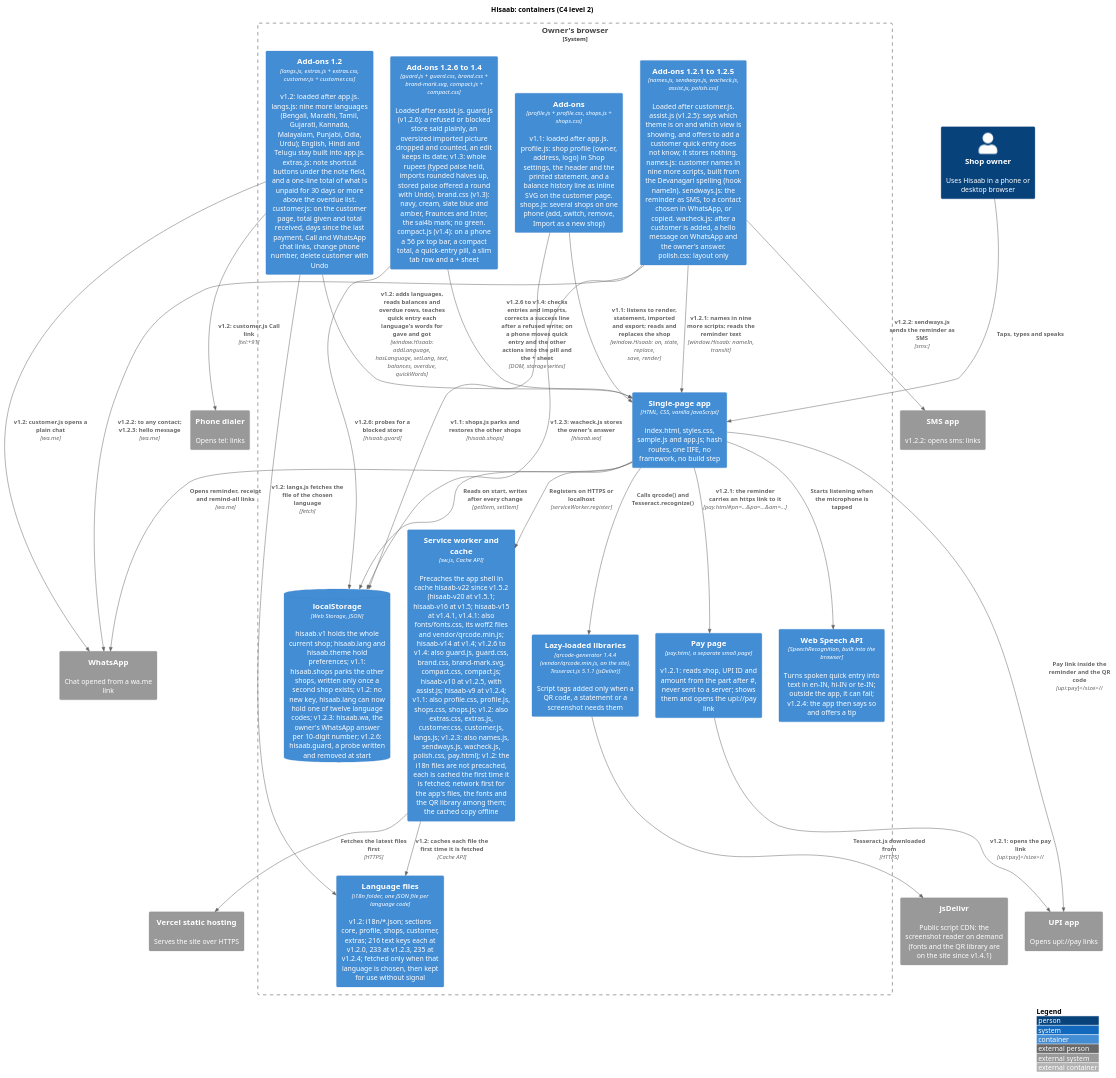
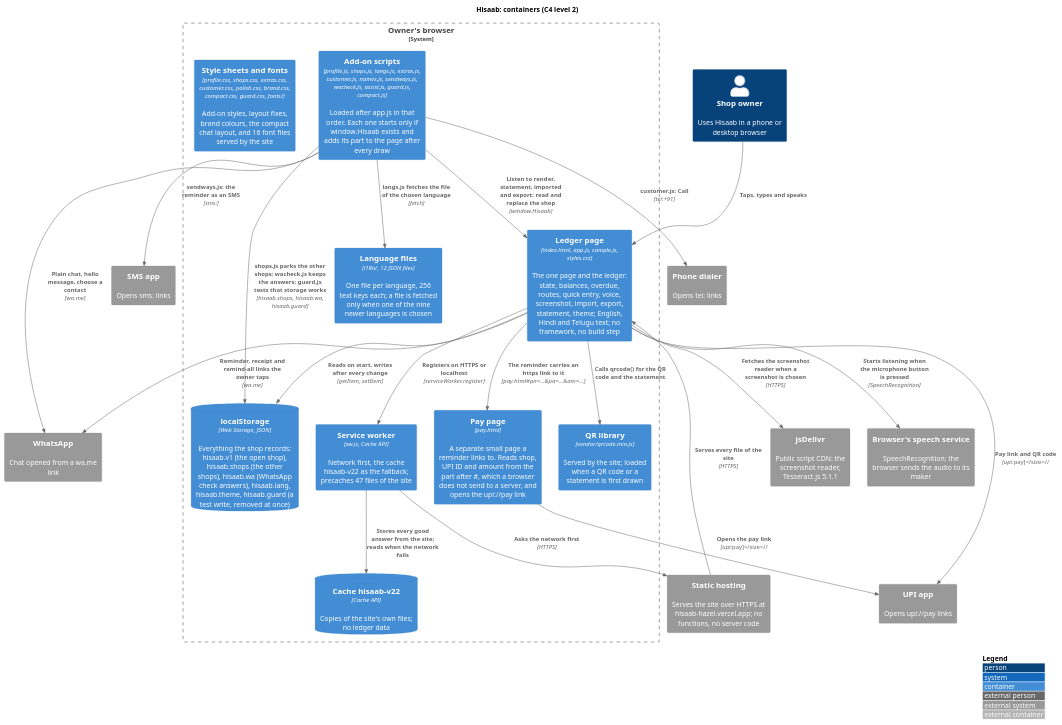
Before and after one commit to karwasanjay007/hisaab-docs: the diagram in docs/diagrams/c4-container.puml, drawn with PlantUML. The commit also changed 62 other files, not shown here.

First line of the commit message:
Documents rewritten as one text about version 1.5.2.1, read from the code

```diff
--- a/docs/diagrams/c4-container.puml
+++ b/docs/diagrams/c4-container.puml
@@ -1,53 +1,47 @@
 @startuml c4-container
 !include <C4/C4_Container>
 title Hisaab: containers (C4 level 2)
 
 Person(owner, "Shop owner", "Uses Hisaab in a phone or desktop browser")
+System_Ext(hosting, "Static hosting", "Serves the site over HTTPS at hisaab-hazel.vercel.app; no functions, no server code")
 System_Ext(whatsapp, "WhatsApp", "Chat opened from a wa.me link")
 System_Ext(upi, "UPI app", "Opens upi://pay links")
 System_Ext(dialer, "Phone dialer", "Opens tel: links")
-System_Ext(sms, "SMS app", "v1.2.2: opens sms: links")
-System_Ext(cdn, "jsDelivr", "Public script CDN: the screenshot reader on demand (fonts and the QR library are on the site since v1.4.1)")
-System_Ext(vercel, "Vercel static hosting", "Serves the site over HTTPS")
+System_Ext(sms, "SMS app", "Opens sms: links")
+System_Ext(cdn, "jsDelivr", "Public script CDN: the screenshot reader, Tesseract.js 5.1.1")
+System_Ext(speech, "Browser's speech service", "SpeechRecognition; the browser sends the audio to its maker")
 
 System_Boundary(browser, "Owner's browser") {
-  Container(spa, "Single-page app", "HTML, CSS, vanilla JavaScript", "index.html, styles.css, sample.js and app.js; hash routes, one IIFE, no framework, no build step")
-  Container(addons, "Add-ons", "profile.js + profile.css, shops.js + shops.css", "v1.1: loaded after app.js. profile.js: shop profile (owner, address, logo) in Shop settings, the header and the printed statement, and a balance history line as inline SVG on the customer page. shops.js: several shops on one phone (add, switch, remove, Import as a new shop)")
-  ContainerDb(ls, "localStorage", "Web Storage, JSON", "hisaab.v1 holds the whole current shop; hisaab.lang and hisaab.theme hold preferences; v1.1: hisaab.shops parks the other shops, written only once a second shop exists; v1.2: no new key, hisaab.lang can now hold one of twelve language codes; v1.2.3: hisaab.wa, the owner's WhatsApp answer per 10-digit number; v1.2.6: hisaab.guard, a probe written and removed at start")
-  Container(sw, "Service worker and cache", "sw.js, Cache API", "Precaches the app shell in cache hisaab-v22 since v1.5.2 (hisaab-v20 at v1.5.1; hisaab-v16 at v1.5; hisaab-v15 at v1.4.1, v1.4.1: also fonts/fonts.css, its woff2 files and vendor/qrcode.min.js; hisaab-v14 at v1.4; v1.2.6 to v1.4: also guard.js, guard.css, brand.css, brand-mark.svg, compact.css, compact.js; hisaab-v10 at v1.2.5, with assist.js; hisaab-v9 at v1.2.4; v1.1: also profile.css, profile.js, shops.css, shops.js; v1.2: also extras.css, extras.js, customer.css, customer.js, langs.js; v1.2.3: also names.js, sendways.js, wacheck.js, polish.css, pay.html); v1.2: the i18n files are not precached, each is cached the first time it is fetched; network first for the app's files, the fonts and the QR library among them; the cached copy offline")
-  Container(addons12, "Add-ons 1.2", "langs.js, extras.js + extras.css, customer.js + customer.css", "v1.2: loaded after app.js. langs.js: nine more languages (Bengali, Marathi, Tamil, Gujarati, Kannada, Malayalam, Punjabi, Odia, Urdu); English, Hindi and Telugu stay built into app.js. extras.js: note shortcut buttons under the note field, and a one-line total of what is unpaid for 30 days or more above the overdue list. customer.js: on the customer page, total given and total received, days since the last payment, Call and WhatsApp chat links, change phone number, delete customer with Undo")
-  Container(i18nfiles, "Language files", "i18n folder, one JSON file per language code", "v1.2: i18n/*.json; sections core, profile, shops, customer, extras; 216 text keys each at v1.2.0, 233 at v1.2.3, 235 at v1.2.4; fetched only when that language is chosen, then kept for use without signal")
-  Container(addons123, "Add-ons 1.2.1 to 1.2.5", "names.js, sendways.js, wacheck.js, assist.js, polish.css", "Loaded after customer.js. assist.js (v1.2.5): says which theme is on and which view is showing, and offers to add a customer quick entry does not know; it stores nothing. names.js: customer names in nine more scripts, built from the Devanagari spelling (hook nameIn). sendways.js: the reminder as SMS, to a contact chosen in WhatsApp, or copied. wacheck.js: after a customer is added, a hello message on WhatsApp and the owner's answer. polish.css: layout only")
-  Container(addons14, "Add-ons 1.2.6 to 1.4", "guard.js + guard.css, brand.css + brand-mark.svg, compact.js + compact.css", "Loaded after assist.js. guard.js (v1.2.6): a refused or blocked store said plainly, an oversized imported picture dropped and counted, an edit keeps its date; v1.3: whole rupees (typed paise held, imports rounded halves up, stored paise offered a round with Undo). brand.css (v1.3): navy, cream, slate blue and amber, Fraunces and Inter, the sai4b mark; no green. compact.js (v1.4): on a phone a 56 px top bar, a compact total, a quick-entry pill, a slim tab row and a + sheet")
-  Container(paypage, "Pay page", "pay.html, a separate small page", "v1.2.1: reads shop, UPI ID and amount from the part after #, never sent to a server; shows them and opens the upi://pay link")
-  Container(libs, "Lazy-loaded libraries", "qrcode-generator 1.4.4 (vendor/qrcode.min.js, on the site), Tesseract.js 5.1.1 (jsDelivr)", "Script tags added only when a QR code, a statement or a screenshot needs them")
-  Container(speech, "Web Speech API", "SpeechRecognition, built into the browser", "Turns spoken quick entry into text in en-IN, hi-IN or te-IN; outside the app, it can fail; v1.2.4: the app then says so and offers a tip")
+  Container(spa, "Ledger page", "index.html, app.js, sample.js, styles.css", "The one page and the ledger: state, balances, overdue, routes, quick entry, voice, screenshot, import, export, statement, theme; English, Hindi and Telugu text; no framework, no build step")
+  Container(addons, "Add-on scripts", "profile.js, shops.js, langs.js, extras.js, customer.js, names.js, sendways.js, wacheck.js, assist.js, guard.js, compact.js", "Loaded after app.js in that order. Each one starts only if window.Hisaab exists and adds its part to the page after every draw")
+  Container(sheets, "Style sheets and fonts", "profile.css, shops.css, extras.css, customer.css, polish.css, brand.css, compact.css, guard.css, fonts/", "Add-on styles, layout fixes, brand colours, the compact chat layout, and 16 font files served by the site")
+  Container(i18nfiles, "Language files", "i18n/, 12 JSON files", "One file per language, 256 text keys each; a file is fetched only when one of the nine newer languages is chosen")
+  Container(paypage, "Pay page", "pay.html", "A separate small page a reminder links to. Reads shop, UPI ID and amount from the part after #, which a browser does not send to a server, and opens the upi://pay link")
+  Container(qrlib, "QR library", "vendor/qrcode.min.js", "Served by the site; loaded when a QR code or a statement is first drawn")
+  Container(sw, "Service worker", "sw.js, Cache API", "Network first, the cache hisaab-v22 as the fallback; precaches 47 files of the site")
+  ContainerDb(ls, "localStorage", "Web Storage, JSON", "Everything the shop records: hisaab.v1 (the open shop), hisaab.shops (the other shops), hisaab.wa (WhatsApp check answers), hisaab.lang, hisaab.theme, hisaab.guard (a test write, removed at once)")
+  ContainerDb(cache, "Cache hisaab-v22", "Cache API", "Copies of the site's own files; no ledger data")
 }
 
 Rel(owner, spa, "Taps, types and speaks")
+Rel(hosting, spa, "Serves every file of the site", "HTTPS")
 Rel(spa, ls, "Reads on start, writes after every change", "getItem, setItem")
-Rel(addons, spa, "v1.1: listens to render, statement, imported and export; reads and replaces the shop", "window.Hisaab: on, state, replace, save, render")
-Rel(addons, ls, "v1.1: shops.js parks and restores the other shops", "hisaab.shops")
-Rel(addons12, spa, "v1.2: adds languages, reads balances and overdue rows, teaches quick entry each language's words for gave and got", "window.Hisaab: addLanguage, hasLanguage, setLang, text, balances, overdue, quickWords")
-Rel(addons12, i18nfiles, "v1.2: langs.js fetches the file of the chosen language", "fetch")
-Rel(sw, i18nfiles, "v1.2: caches each file the first time it is fetched", "Cache API")
+Rel(addons, spa, "Listen to render, statement, imported and export; read and replace the shop", "window.Hisaab")
+Rel(addons, ls, "shops.js parks the other shops; wacheck.js keeps the answers; guard.js tests that storage works", "hisaab.shops, hisaab.wa, hisaab.guard")
+Rel(addons, i18nfiles, "langs.js fetches the file of the chosen language", "fetch")
+Rel(spa, qrlib, "Calls qrcode() for the QR code and the statement")
 Rel(spa, sw, "Registers on HTTPS or localhost", "serviceWorker.register")
-Rel(sw, vercel, "Fetches the latest files first", "HTTPS")
-Rel(spa, libs, "Calls qrcode() and Tesseract.recognize()")
-Rel(libs, cdn, "Tesseract.js downloaded from", "HTTPS")
-Rel(spa, speech, "Starts listening when the microphone is tapped")
-Rel(spa, whatsapp, "Opens reminder, receipt and remind-all links", "wa.me")
-Rel(spa, upi, "Pay link inside the reminder and the QR code", "upi://pay")
-Rel(addons12, whatsapp, "v1.2: customer.js opens a plain chat", "wa.me")
-Rel(addons12, dialer, "v1.2: customer.js Call link", "tel:+91")
-Rel(addons123, spa, "v1.2.1: names in nine more scripts; reads the reminder text", "window.Hisaab: nameIn, translit")
-Rel(addons123, ls, "v1.2.3: wacheck.js stores the owner's answer", "hisaab.wa")
-Rel(addons123, sms, "v1.2.2: sendways.js sends the reminder as SMS", "sms:")
-Rel(addons123, whatsapp, "v1.2.2: to any contact; v1.2.3: hello message", "wa.me")
-Rel(spa, paypage, "v1.2.1: the reminder carries an https link to it", "pay.html#pn=...&pa=...&am=...")
-Rel(paypage, upi, "v1.2.1: opens the pay link", "upi://pay")
-Rel(addons14, spa, "v1.2.6 to v1.4: checks entries and imports, corrects a success line after a refused write; on a phone moves quick entry and the other actions into the pill and the + sheet", "DOM, storage writes")
-Rel(addons14, ls, "v1.2.6: probes for a blocked store", "hisaab.guard")
+Rel(sw, cache, "Stores every good answer from the site; reads when the network fails")
+Rel(sw, hosting, "Asks the network first", "HTTPS")
+Rel(spa, cdn, "Fetches the screenshot reader when a screenshot is chosen", "HTTPS")
+Rel(spa, speech, "Starts listening when the microphone button is pressed", "SpeechRecognition")
+Rel(spa, whatsapp, "Reminder, receipt and remind-all links the owner taps", "wa.me")
+Rel(addons, whatsapp, "Plain chat, hello message, choose a contact", "wa.me")
+Rel(addons, sms, "sendways.js: the reminder as an SMS", "sms:")
+Rel(addons, dialer, "customer.js: Call", "tel:+91")
+Rel(spa, paypage, "The reminder carries an https link to it", "pay.html#pn=...&pa=...&am=...")
+Rel(spa, upi, "Pay link and QR code", "upi://pay")
+Rel(paypage, upi, "Opens the pay link", "upi://pay")
 
 LAYOUT_WITH_LEGEND()
 @enduml
```
